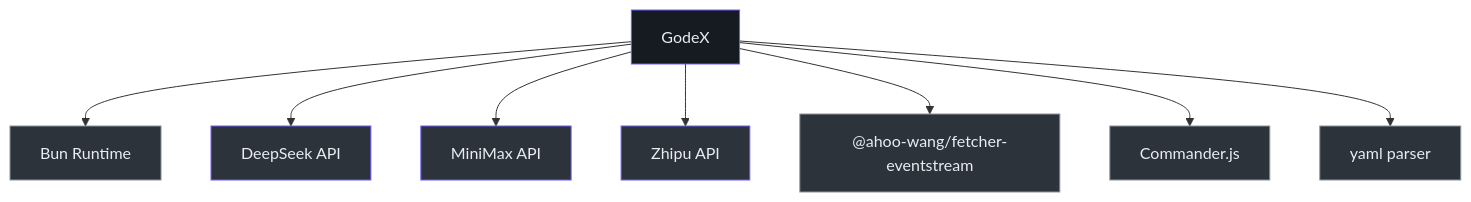
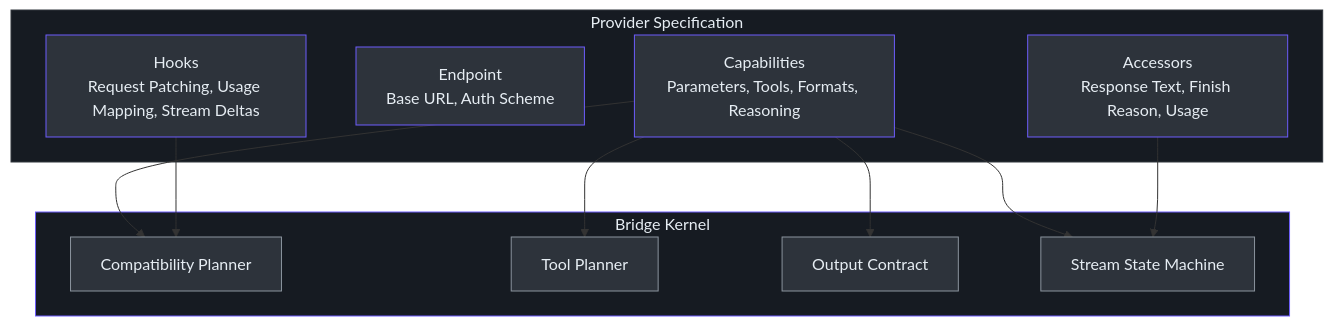
Before and after one commit to zamelee/GodeX: the third of 3 diagrams in wiki/onboarding/executive-guide.md, drawn with Mermaid. The commit also changed other lines of this file and 120 other files, not shown here.

Commit message:
docs: comprehensive VitePress wiki with dark theme, EN/ZH sync, and Mermaid fixes (#118)

````diff
--- a/wiki/onboarding/executive-guide.md
+++ b/wiki/onboarding/executive-guide.md
@@ -104,28 +178,34 @@
 ```mermaid
 graph TB
-  GODEX["GodeX"]
-  BUN["Bun Runtime"]
-  DEEPSEEK["DeepSeek API"]
-  MINIMAX["MiniMax API"]
-  ZHIPU["Zhipu API"]
-  FETCHER["@ahoo-wang/fetcher-eventstream"]
-  COMMANDER["Commander.js"]
-  YAML["yaml parser"]
+  subgraph ProviderSpec["Provider Specification"]
+    CAPS["Capabilities<br>Parameters, Tools, Formats, Reasoning"]
+    ENDPOINT["Endpoint<br>Base URL, Auth Scheme"]
+    HOOKS["Hooks<br>Request Patching, Usage Mapping, Stream Deltas"]
+    ACCESSORS["Accessors<br>Response Text, Finish Reason, Usage"]
+  end
 
-  GODEX --> BUN
-  GODEX --> DEEPSEEK
-  GODEX --> MINIMAX
-  GODEX --> ZHIPU
-  GODEX --> FETCHER
-  GODEX --> COMMANDER
-  GODEX --> YAML
+  subgraph BridgeKernel["Bridge Kernel"]
+    COMPAT["Compatibility Planner"]
+    TOOLS["Tool Planner"]
+    OUTPUT["Output Contract"]
+    STREAM["Stream State Machine"]
+  end
 
-  style GODEX fill:#161b22,stroke:#6d5dfc,color:#e6edf3
-  style BUN fill:#2d333b,stroke:#8b949e,color:#e6edf3
-  style DEEPSEEK fill:#2d333b,stroke:#6d5dfc,color:#e6edf3
-  style MINIMAX fill:#2d333b,stroke:#6d5dfc,color:#e6edf3
-  style ZHIPU fill:#2d333b,stroke:#6d5dfc,color:#e6edf3
-  style FETCHER fill:#2d333b,stroke:#8b949e,color:#e6edf3
-  style COMMANDER fill:#2d333b,stroke:#8b949e,color:#e6edf3
-  style YAML fill:#2d333b,stroke:#8b949e,color:#e6edf3
+  CAPS --> COMPAT
+  CAPS --> TOOLS
+  CAPS --> OUTPUT
+  CAPS --> STREAM
+  HOOKS --> COMPAT
+  ACCESSORS --> STREAM
+
+  style ProviderSpec fill:#161b22,stroke:#30363d,color:#e6edf3
+  style BridgeKernel fill:#161b22,stroke:#6d5dfc,color:#e6edf3
+  style CAPS fill:#2d333b,stroke:#6d5dfc,color:#e6edf3
+  style ENDPOINT fill:#2d333b,stroke:#6d5dfc,color:#e6edf3
+  style HOOKS fill:#2d333b,stroke:#6d5dfc,color:#e6edf3
+  style ACCESSORS fill:#2d333b,stroke:#6d5dfc,color:#e6edf3
+  style COMPAT fill:#2d333b,stroke:#8b949e,color:#e6edf3
+  style TOOLS fill:#2d333b,stroke:#8b949e,color:#e6edf3
+  style OUTPUT fill:#2d333b,stroke:#8b949e,color:#e6edf3
+  style STREAM fill:#2d333b,stroke:#8b949e,color:#e6edf3
 ```
````
